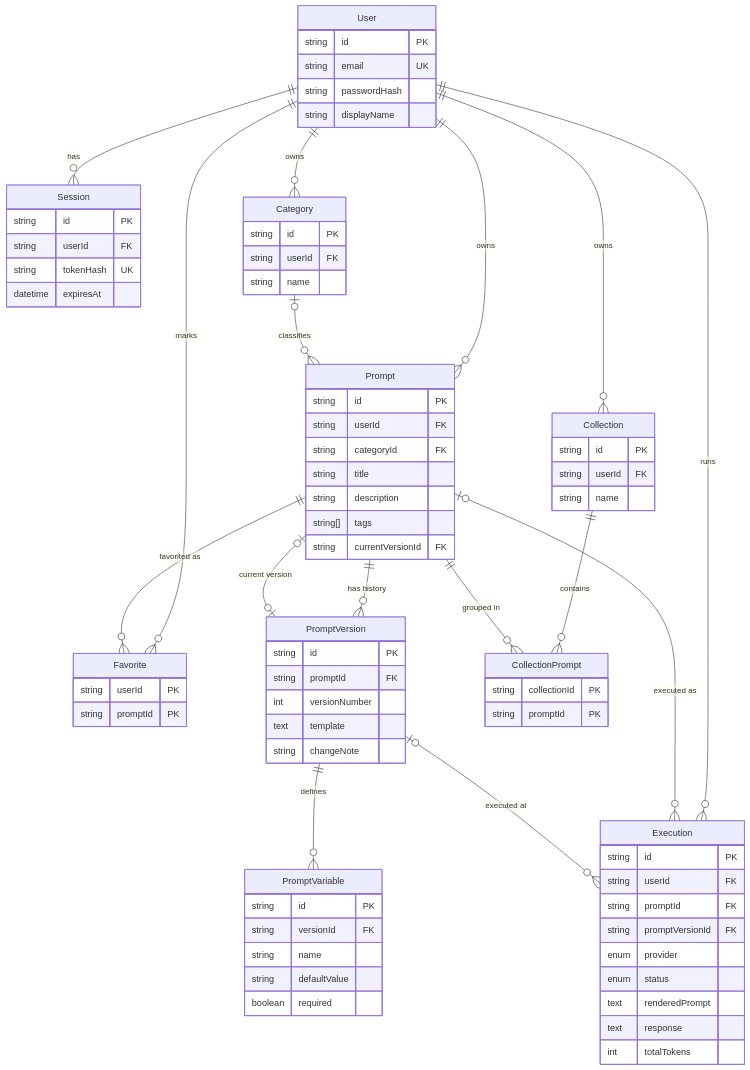
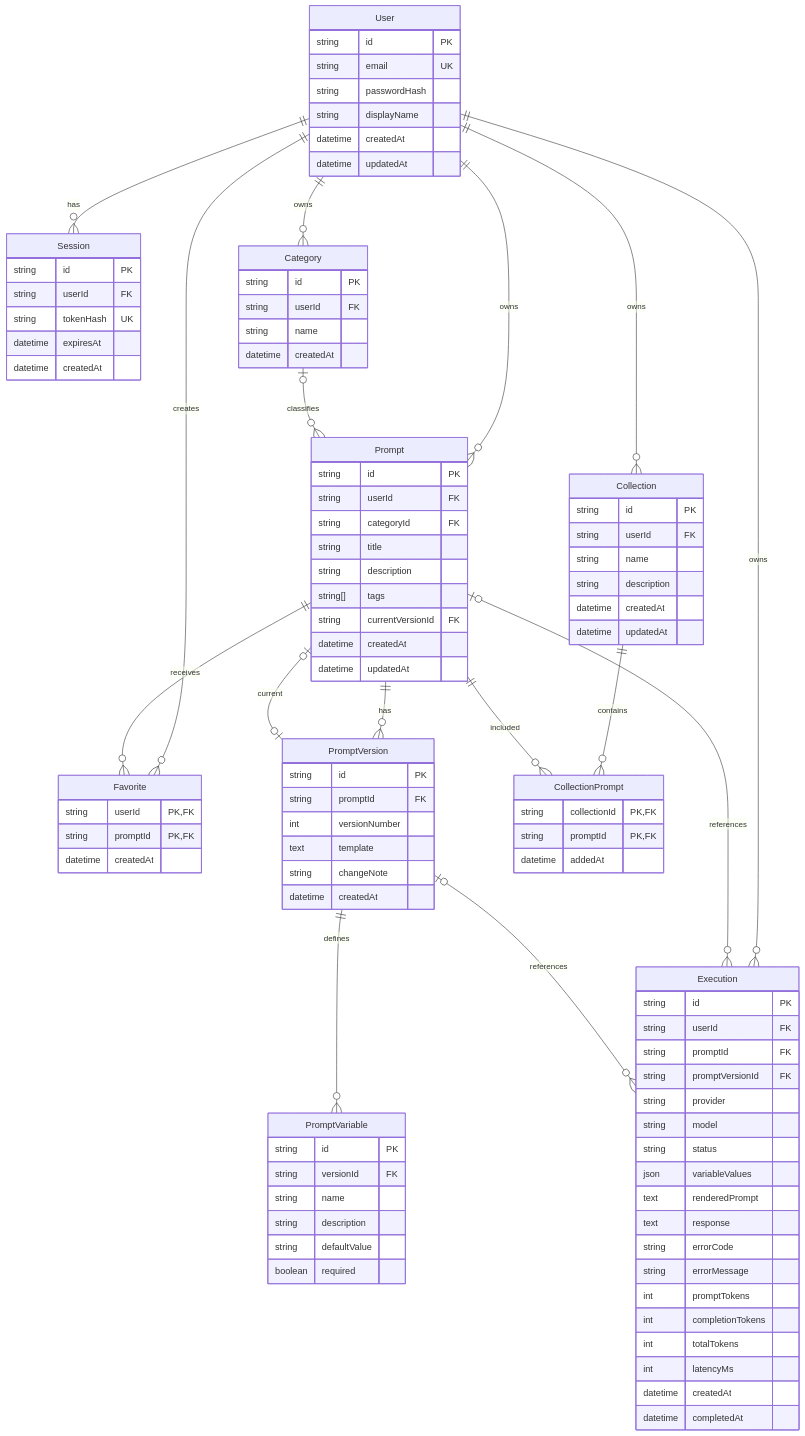
Before and after one commit to JayantKumar12209/Prompt-Vault: the diagram in docs/DATABASE_DESIGN.md, drawn with Mermaid. The commit also changed other lines of this file and 10 other files, not shown here.

````diff
--- a/docs/DATABASE_DESIGN.md
+++ b/docs/DATABASE_DESIGN.md
@@ -7,83 +38,115 @@
 ```mermaid
 erDiagram
-  User ||--o{ Session : has
-  User ||--o{ Category : owns
-  User ||--o{ Prompt : owns
-  User ||--o{ Collection : owns
-  User ||--o{ Favorite : marks
-  User ||--o{ Execution : runs
-  Category |o--o{ Prompt : classifies
-  Prompt ||--o{ PromptVersion : "has history"
-  Prompt |o--o| PromptVersion : "current version"
-  PromptVersion ||--o{ PromptVariable : defines
-  Prompt ||--o{ Favorite : "favorited as"
-  Collection ||--o{ CollectionPrompt : contains
-  Prompt ||--o{ CollectionPrompt : "grouped in"
-  Prompt |o--o{ Execution : "executed as"
-  PromptVersion |o--o{ Execution : "executed at"
+    User ||--o{ Session : has
+    User ||--o{ Category : owns
+    User ||--o{ Prompt : owns
+    User ||--o{ Collection : owns
+    User ||--o{ Favorite : creates
+    User ||--o{ Execution : owns
 
-  User {
-    string id PK
-    string email UK
-    string passwordHash
-    string displayName
-  }
-  Session {
-    string id PK
-    string userId FK
-    string tokenHash UK
-    datetime expiresAt
-  }
-  Category {
-    string id PK
-    string userId FK
-    string name
-  }
-  Prompt {
-    string id PK
-    string userId FK
-    string categoryId FK
-    string title
-    string description
-    string[] tags
-    string currentVersionId FK
-  }
-  PromptVersion {
-    string id PK
-    string promptId FK
-    int versionNumber
-    text template
-    string changeNote
-  }
-  PromptVariable {
-    string id PK
-    string versionId FK
-    string name
-    string defaultValue
-    boolean required
-  }
-  Collection {
-    string id PK
-    string userId FK
-    string name
-  }
-  CollectionPrompt {
-    string collectionId PK
-    string promptId PK
-  }
-  Favorite {
-    string userId PK
-    string promptId PK
-  }
-  Execution {
-    string id PK
-    string userId FK
-    string promptId FK
-    string promptVersionId FK
-    enum provider
-    enum status
-    text renderedPrompt
-    text response
-    int totalTokens
-  }
+    Category o|--o{ Prompt : classifies
+    Prompt ||--o{ PromptVersion : has
+    Prompt o|--o| PromptVersion : current
+    PromptVersion ||--o{ PromptVariable : defines
+    Prompt ||--o{ Favorite : receives
+    Collection ||--o{ CollectionPrompt : contains
+    Prompt ||--o{ CollectionPrompt : included
+    Prompt o|--o{ Execution : references
+    PromptVersion o|--o{ Execution : references
+
+    User {
+        string id PK
+        string email UK
+        string passwordHash
+        string displayName
+        datetime createdAt
+        datetime updatedAt
+    }
+
+    Session {
+        string id PK
+        string userId FK
+        string tokenHash UK
+        datetime expiresAt
+        datetime createdAt
+    }
+
+    Category {
+        string id PK
+        string userId FK
+        string name
+        datetime createdAt
+    }
+
+    Prompt {
+        string id PK
+        string userId FK
+        string categoryId FK
+        string title
+        string description
+        string[] tags
+        string currentVersionId FK
+        datetime createdAt
+        datetime updatedAt
+    }
+
+    PromptVersion {
+        string id PK
+        string promptId FK
+        int versionNumber
+        text template
+        string changeNote
+        datetime createdAt
+    }
+
+    PromptVariable {
+        string id PK
+        string versionId FK
+        string name
+        string description
+        string defaultValue
+        boolean required
+    }
+
+    Collection {
+        string id PK
+        string userId FK
+        string name
+        string description
+        datetime createdAt
+        datetime updatedAt
+    }
+
+    CollectionPrompt {
+        string collectionId PK, FK
+        string promptId PK, FK
+        datetime addedAt
+    }
+
+    Favorite {
+        string userId PK, FK
+        string promptId PK, FK
+        datetime createdAt
+    }
+
+    Execution {
+        string id PK
+        string userId FK
+        string promptId FK
+        string promptVersionId FK
+        string provider
+        string model
+        string status
+        json variableValues
+        text renderedPrompt
+        text response
+        string errorCode
+        string errorMessage
+        int promptTokens
+        int completionTokens
+        int totalTokens
+        int latencyMs
+        datetime createdAt
+        datetime completedAt
+    }
 ```
````
